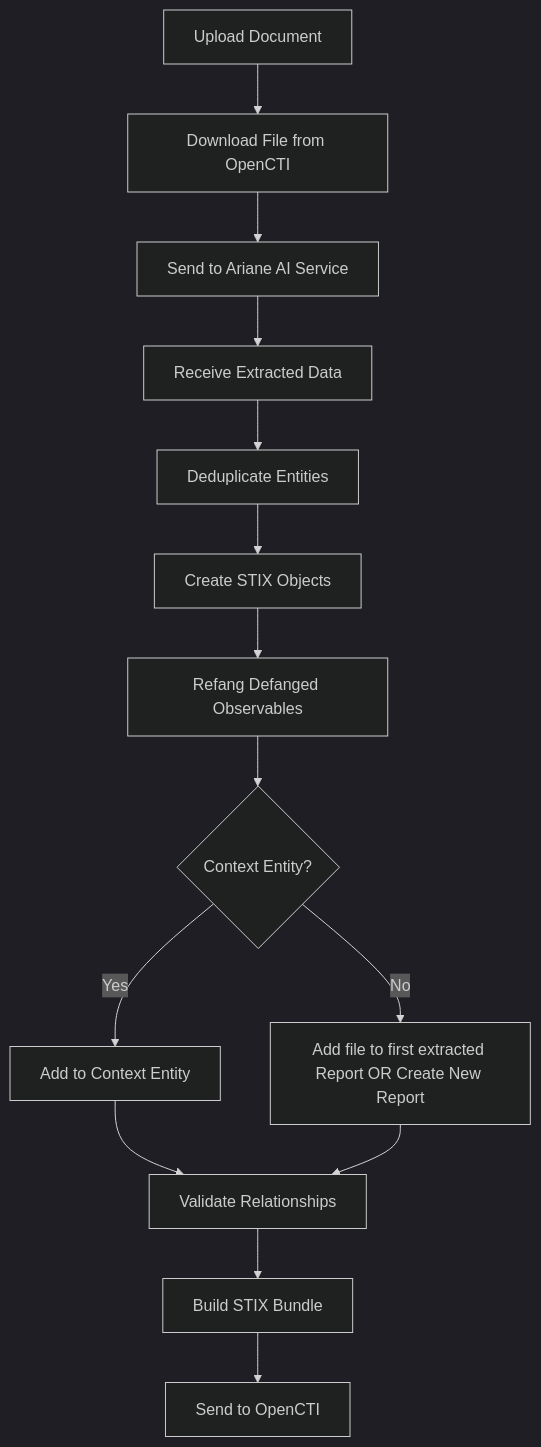
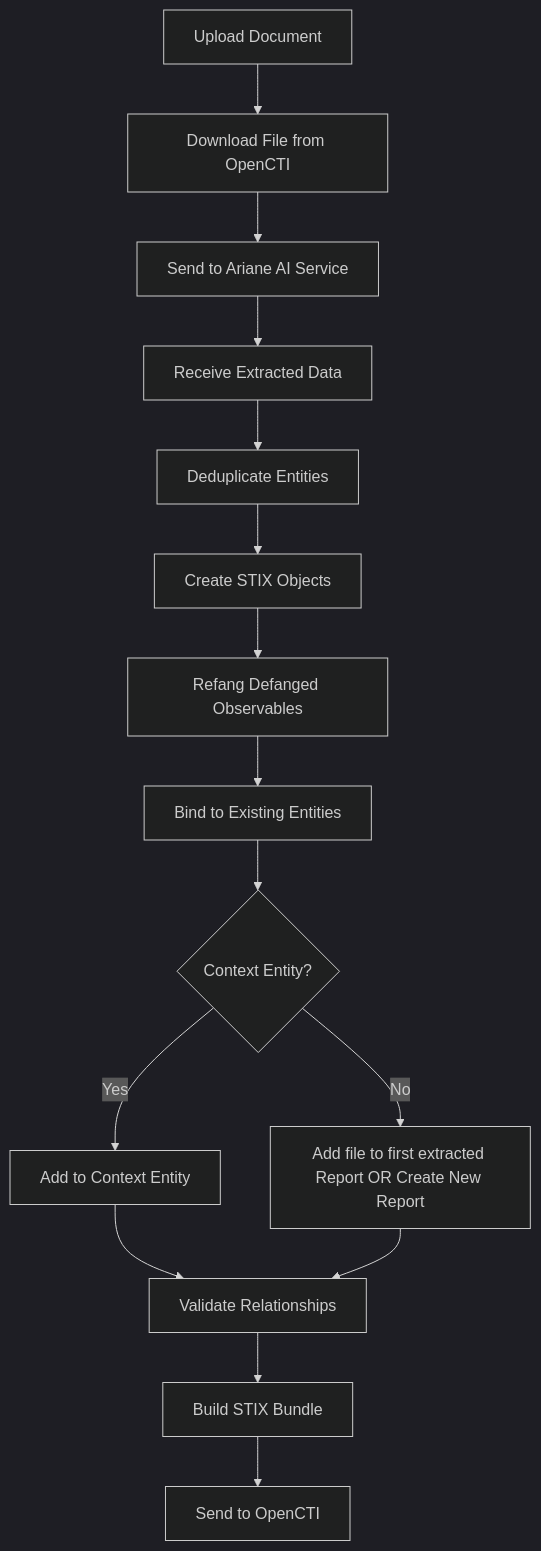
The first of 2 diagrams in internal-import-file/import-document-ai/README.md (OpenCTI-Platform/connectors), drawn with Mermaid (dark theme) before and after one commit. The commit also changed other lines of this file and 12 other files, not shown here.

````diff
--- a/internal-import-file/import-document-ai/README.md
+++ b/internal-import-file/import-document-ai/README.md
@@ -124,16 +128,17 @@
 ```mermaid
 flowchart TD
     A[Upload Document] --> B[Download File from OpenCTI]
     B --> C[Send to Ariane AI Service]
     C --> D[Receive Extracted Data]
     D --> E[Deduplicate Entities]
     E --> F[Create STIX Objects]
     F --> R[Refang Defanged Observables]
-    R --> G{Context Entity?}
+    R --> X[Bind to Existing Entities]
+    X --> G{Context Entity?}
     G -->|Yes| H[Add to Context Entity]
     G -->|No| I[Add file to first extracted Report OR Create New Report]
     H --> J[Validate Relationships]
     I --> J
     J --> K[Build STIX Bundle]
     K --> L[Send to OpenCTI]
 ```
````
